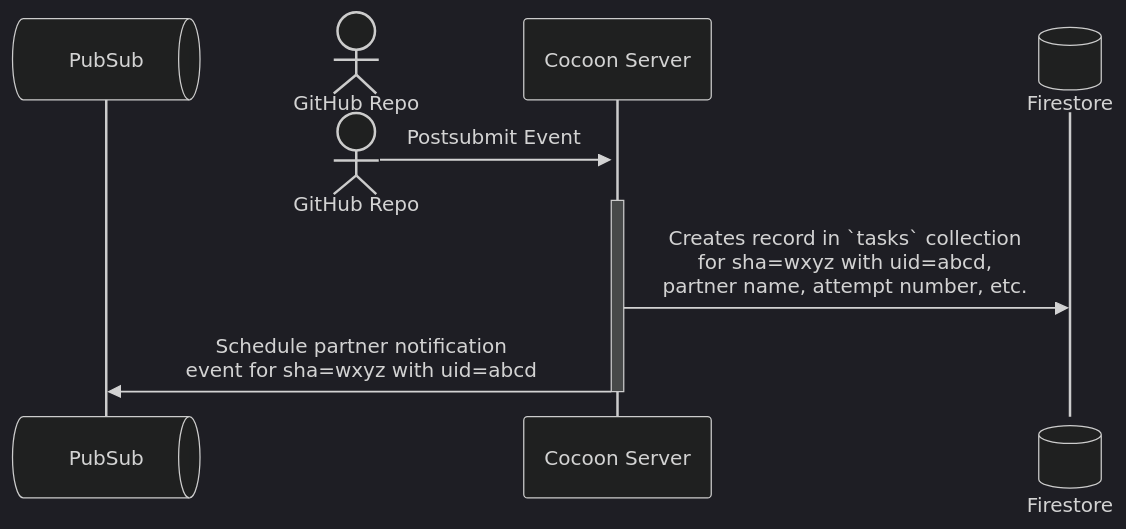
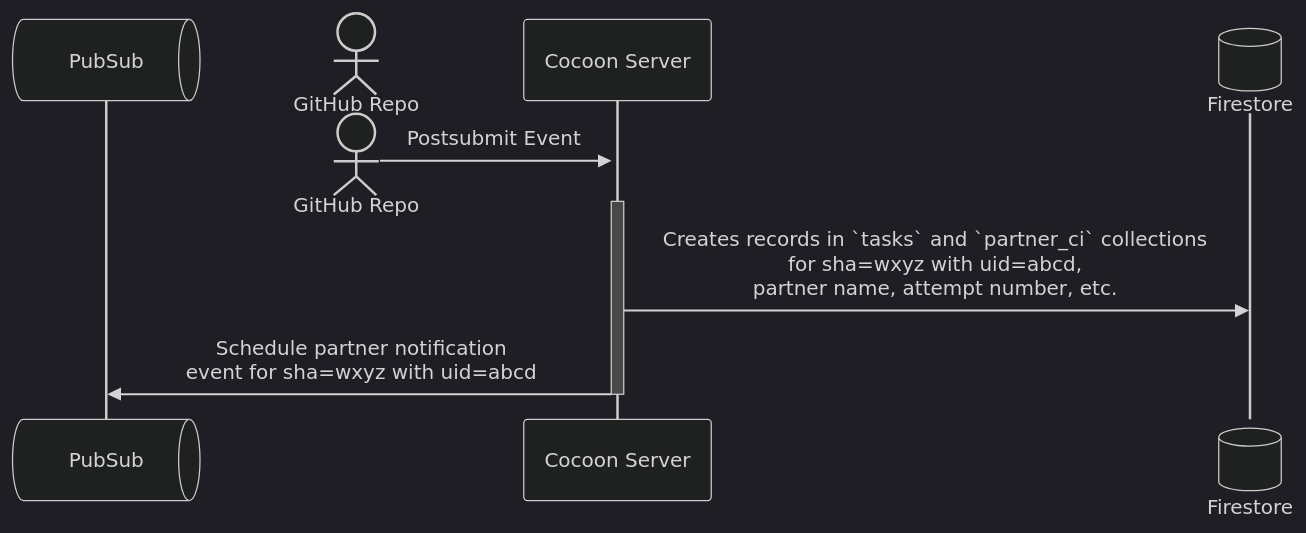
Before and after one commit to flutter/rfc: the second of 9 diagrams in rfc/610.0000-flutter-pluggable-ci.md, drawn with Mermaid (dark theme). The commit also changed other lines of this file, not shown here.

````diff
--- a/rfc/610.0000-flutter-pluggable-ci.md
+++ b/rfc/610.0000-flutter-pluggable-ci.md
@@ -102,11 +102,11 @@
 ```mermaid
 sequenceDiagram
     participant PubSub@{"type":"queue"}
     actor GitHub as GitHub Repo
     participant Cocoon as Cocoon Server
     participant Firestore@{"type":"database"}
     destroy GitHub
     GitHub->>+Cocoon: Postsubmit Event
-    Cocoon->>Firestore: Creates record in `tasks` collection<br/>for sha=wxyz with uid=abcd,<br/> partner name, attempt number, etc.
+    Cocoon->>Firestore: Creates records in `tasks` and `partner_ci` collections<br/>for sha=wxyz with uid=abcd,<br/> partner name, attempt number, etc.
     Cocoon->>-PubSub: Schedule partner notification<br/>event for sha=wxyz with uid=abcd
 ```
````
